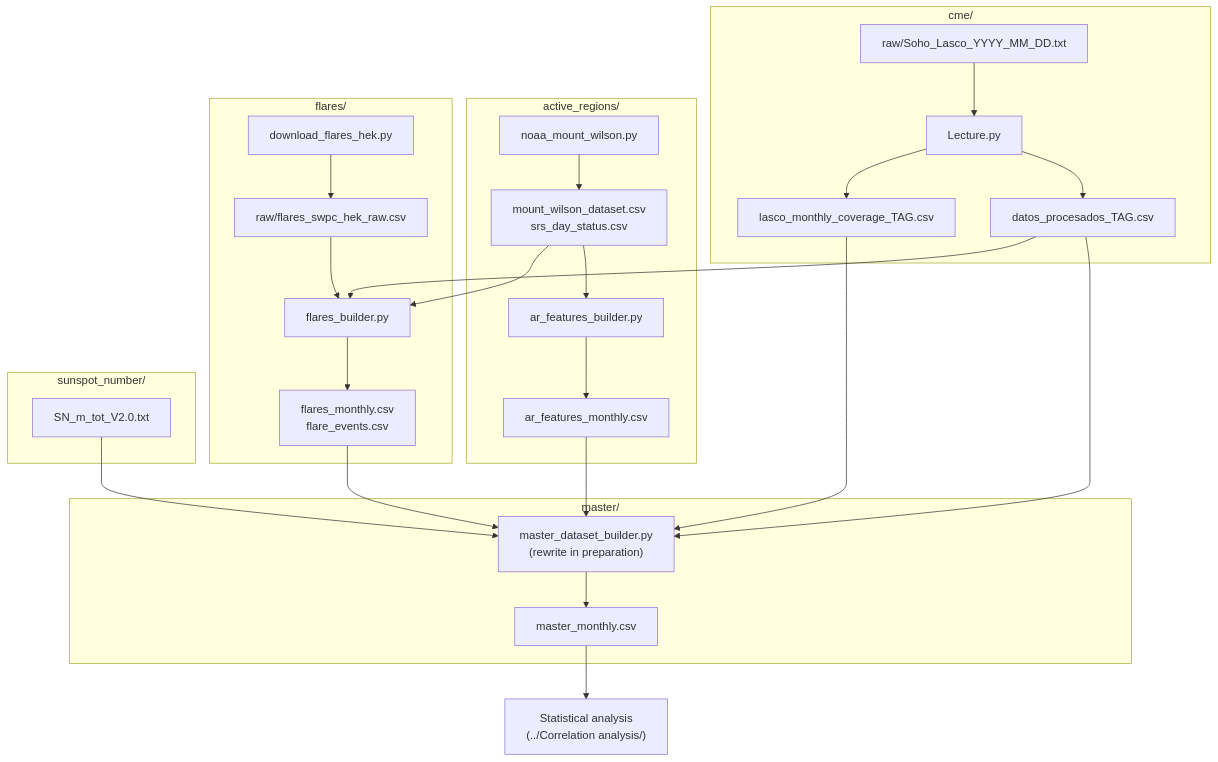
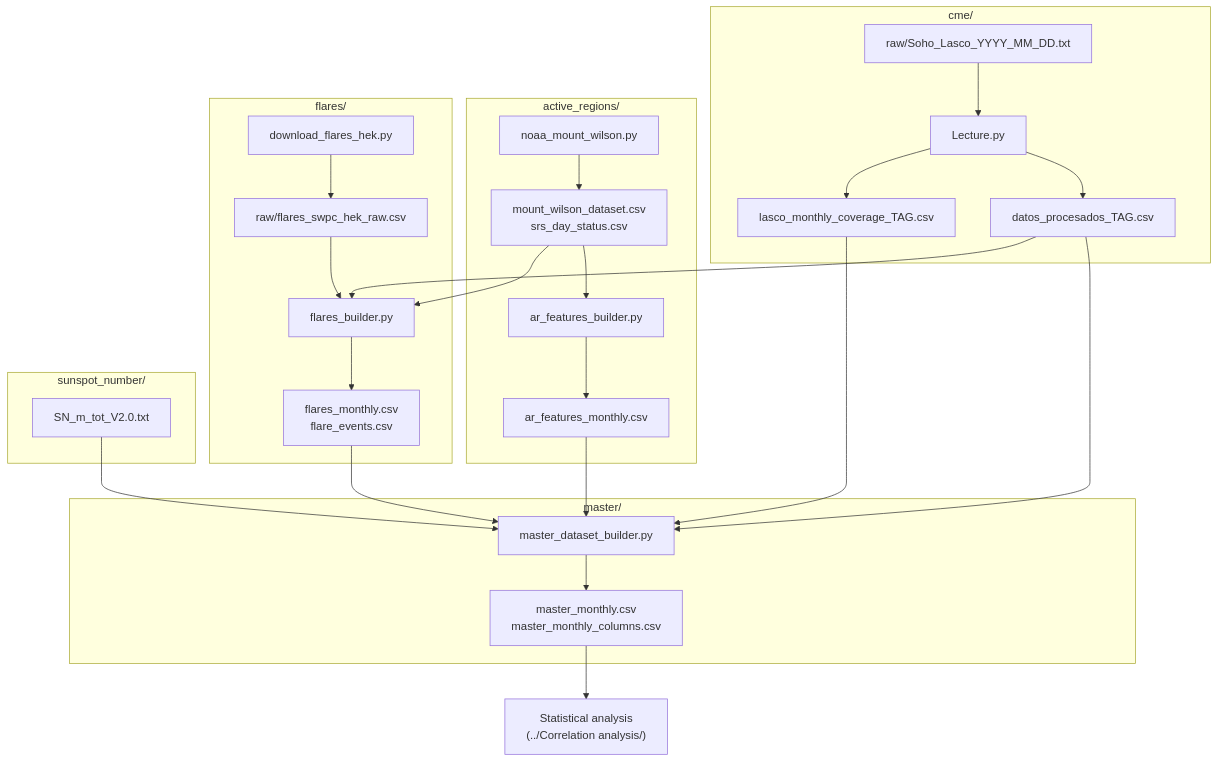
One commit to JuanAnarch7/Assessing-the-Modulation-of-CME-Occurrence-Rates-by-Active-Region-Magnetic-Complexity changed the diagram in Data/README.md. Above: the diagram before and after it, drawn with Mermaid. The commit also changed other lines of this file and 4 other files, not shown here.

Commit message:
Rewrite master builder: LASCO coverage, quality subsets, SN13 cycles/phases, AR and flare features, flags, data dictionary

````diff
--- a/Data/README.md
+++ b/Data/README.md
@@ -29,30 +29,30 @@
 ```mermaid
 flowchart TD
     subgraph CME["cme/"]
         C0["raw/Soho_Lasco_YYYY_MM_DD.txt"] --> C1["Lecture.py"]
         C1 --> C2["datos_procesados_TAG.csv"]
         C1 --> C3["lasco_monthly_coverage_TAG.csv"]
     end
     subgraph AR["active_regions/"]
         A0["noaa_mount_wilson.py"] --> A1["mount_wilson_dataset.csv<br/>srs_day_status.csv"]
         A1 --> A2["ar_features_builder.py"] --> A3["ar_features_monthly.csv"]
     end
     subgraph FL["flares/"]
         F0["download_flares_hek.py"] --> F1["raw/flares_swpc_hek_raw.csv"]
         F1 --> F2["flares_builder.py"] --> F3["flares_monthly.csv<br/>flare_events.csv"]
     end
     subgraph SN["sunspot_number/"]
         S0["SN_m_tot_V2.0.txt"]
     end
     subgraph MS["master/"]
-        M0["master_dataset_builder.py<br/>(rewrite in preparation)"] --> M1["master_monthly.csv"]
+        M0["master_dataset_builder.py"] --> M1["master_monthly.csv<br/>master_monthly_columns.csv"]
     end
     C2 --> M0
     C3 --> M0
     A3 --> M0
     F3 --> M0
     S0 --> M0
     A1 --> F2
     C2 --> F2
     M1 --> NEXT["Statistical analysis<br/>(../Correlation analysis/)"]
 ```
````
